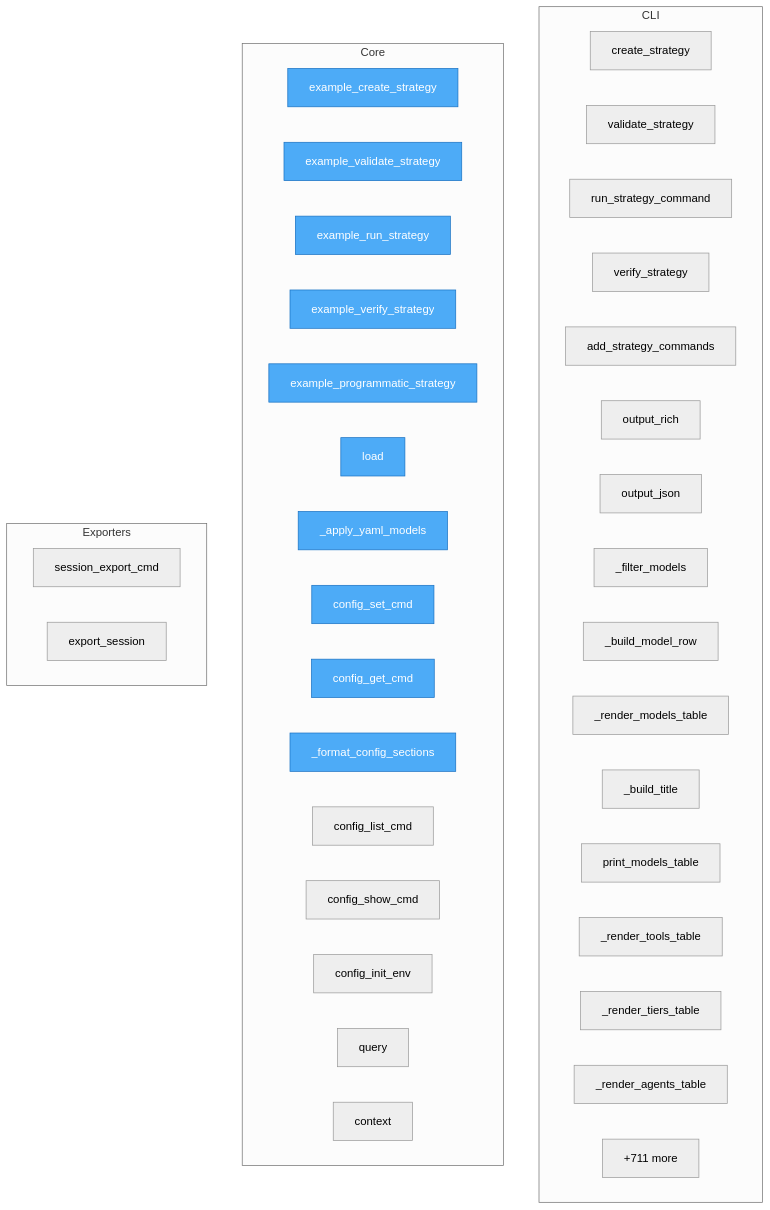
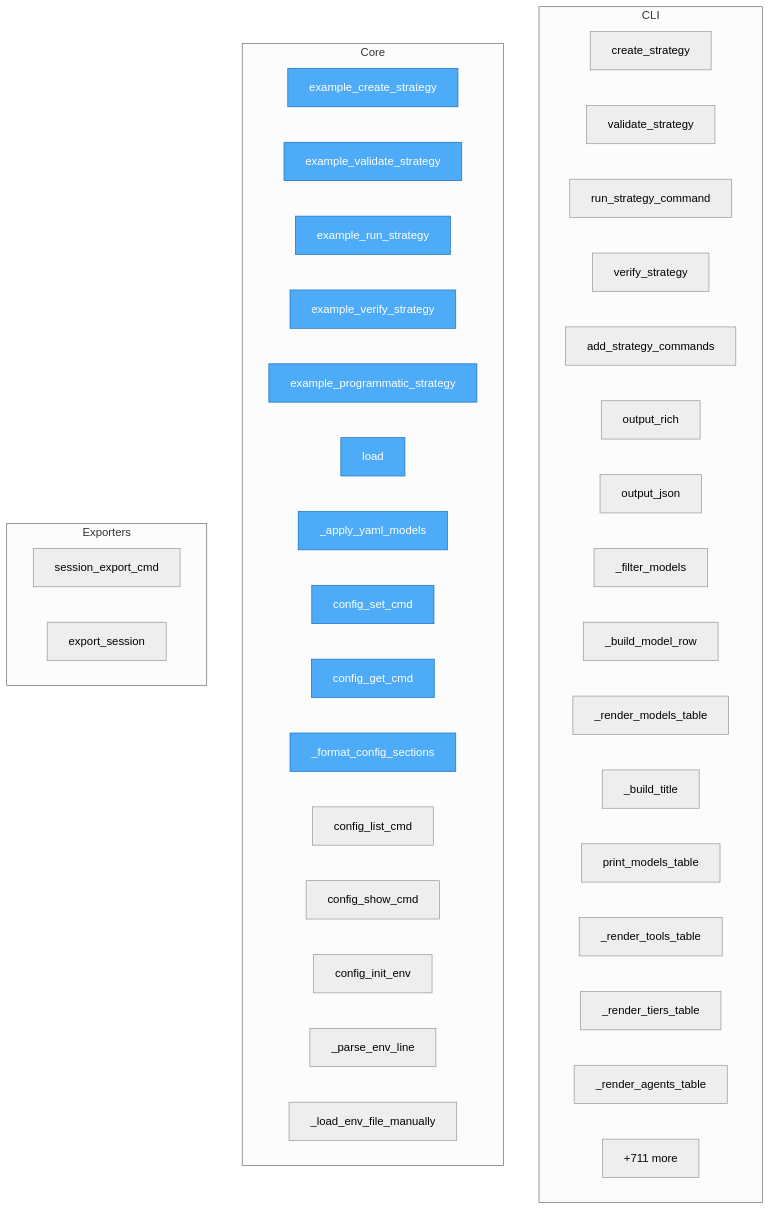
The diagram in project/flow.mmd (semcod/llx), drawn with Mermaid (neutral theme) before and after one commit. The commit also changed 20 other files, not shown here.

```diff
--- a/project/flow.mmd
+++ b/project/flow.mmd
@@ -1,49 +1,49 @@
 flowchart TD
 
     %% Entry points (blue)
     classDef entry fill:#4dabf7,stroke:#1971c2,color:#fff
 
     subgraph CLI
         llx__cli__strategy_commands__create_strategy["create_strategy"]
         llx__cli__strategy_commands__validate_strategy["validate_strategy"]
         llx__cli__strategy_commands__run_strategy_command["run_strategy_command"]
         llx__cli__strategy_commands__verify_strategy["verify_strategy"]
         llx__cli__strategy_commands__add_strategy_commands["add_strategy_commands"]
         llx__cli__formatters__output_rich["output_rich"]
         llx__cli__formatters__output_json["output_json"]
         llx__cli__formatters___filter_models["_filter_models"]
         llx__cli__formatters___build_model_row["_build_model_row"]
         llx__cli__formatters___render_models_table["_render_models_table"]
         llx__cli__formatters___build_title["_build_title"]
         llx__cli__formatters__print_models_table["print_models_table"]
         llx__cli__formatters___render_tools_table["_render_tools_table"]
         llx__cli__formatters___render_tiers_table["_render_tiers_table"]
         llx__cli__formatters___render_agents_table["_render_agents_table"]
         ...["+19 more"]
     end
 
     subgraph Core
         llx__strategy__examples__example_create_strategy["example_create_strategy"]
         llx__strategy__examples__example_validate_strategy["example_validate_strategy"]
         llx__strategy__examples__example_run_strategy["example_run_strategy"]
         llx__strategy__examples__example_verify_strategy["example_verify_strategy"]
         llx__strategy__examples__example_programmatic_strategy["example_programmatic_strategy"]
         llx__config__LlxConfig__load["load"]
         llx__config___apply_yaml_models["_apply_yaml_models"]
         llx__prellm__cli_config__config_set_cmd["config_set_cmd"]
         llx__prellm__cli_config__config_get_cmd["config_get_cmd"]
         llx__prellm__cli_config___format_config_sections["_format_config_sections"]
         llx__prellm__cli_config__config_list_cmd["config_list_cmd"]
         llx__prellm__cli_config__config_show_cmd["config_show_cmd"]
         llx__prellm__cli_config__config_init_env["config_init_env"]
-        llx__prellm__cli__query["query"]
-        llx__prellm__cli__context["context"]
+        llx__prellm__env_config___parse_env_line["_parse_env_line"]
+        llx__prellm__env_config___load_env_file_manually["_load_env_file_manually"]
         ...["+711 more"]
     end
 
     subgraph Exporters
         llx__prellm__cli__session_export_cmd["session_export_cmd"]
         llx__prellm__context__user_memory__UserMemory__export_session["export_session"]
     end
 
     class llx__strategy__examples__example_create_strategy,llx__strategy__examples__example_validate_strategy,llx__strategy__examples__example_run_strategy,llx__strategy__examples__example_verify_strategy,llx__strategy__examples__example_programmatic_strategy,llx__config__LlxConfig__load,llx__config___apply_yaml_models,llx__prellm__cli_config__config_set_cmd,llx__prellm__cli_config__config_get_cmd,llx__prellm__cli_config___format_config_sections entry
```
